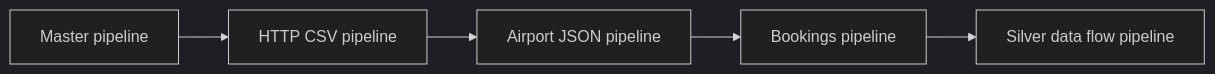
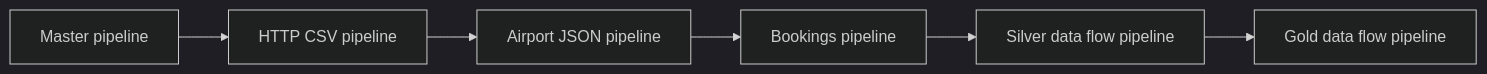
One commit to Ch3rry-Pi3-Data-Engineering/DataEng-Azure-Airline changed the fifth of 9 diagrams in README.md. Above: the diagram before and after it, drawn with Mermaid (dark theme). The commit also changed other lines of this file and 17 other files, not shown here.

````diff
--- a/README.md
+++ b/README.md
@@ -75,7 +76,8 @@
 ```mermaid
 flowchart LR
     master[Master pipeline] --> http[HTTP CSV pipeline]
     http --> airport[Airport JSON pipeline]
     airport --> bookings[Bookings pipeline]
     bookings --> silver[Silver data flow pipeline]
+    silver --> gold[Gold data flow pipeline]
 ```
````
